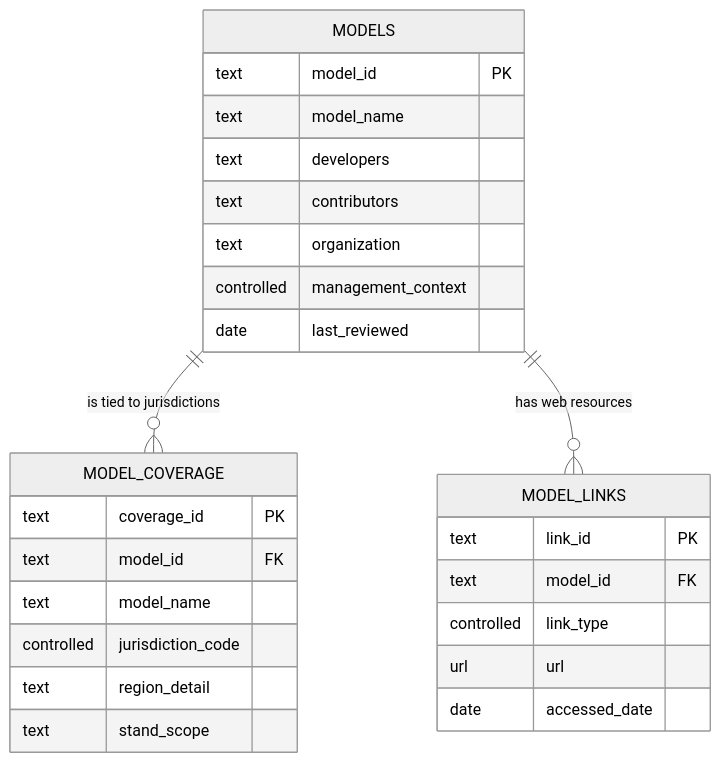
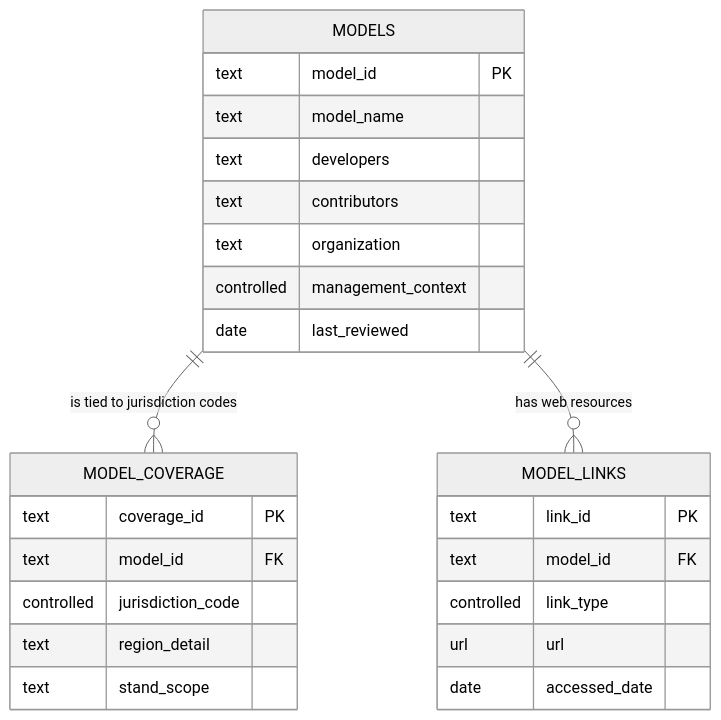
Before and after one commit to forest-carbon-tools-dfs/CanGrowthModels: the first of 2 diagrams in docs/pipeline-and-workflow.md, drawn with Mermaid (neutral theme). The commit also changed other lines of this file and 14 other files, not shown here.

````diff
--- a/docs/pipeline-and-workflow.md
+++ b/docs/pipeline-and-workflow.md
@@ -46,30 +46,29 @@
 ```mermaid
 erDiagram
-    MODELS ||--o{ MODEL_COVERAGE : "is tied to jurisdictions"
+    MODELS ||--o{ MODEL_COVERAGE : "is tied to jurisdiction codes"
     MODELS ||--o{ MODEL_LINKS : "has web resources"
 
     MODELS {
         text model_id PK
         text model_name
         text developers
         text contributors
         text organization
         controlled management_context
         date last_reviewed
     }
     MODEL_COVERAGE {
         text coverage_id PK
         text model_id FK
-        text model_name
         controlled jurisdiction_code
         text region_detail
         text stand_scope
     }
     MODEL_LINKS {
         text link_id PK
         text model_id FK
         controlled link_type
         url url
         date accessed_date
     }
 ```
````
